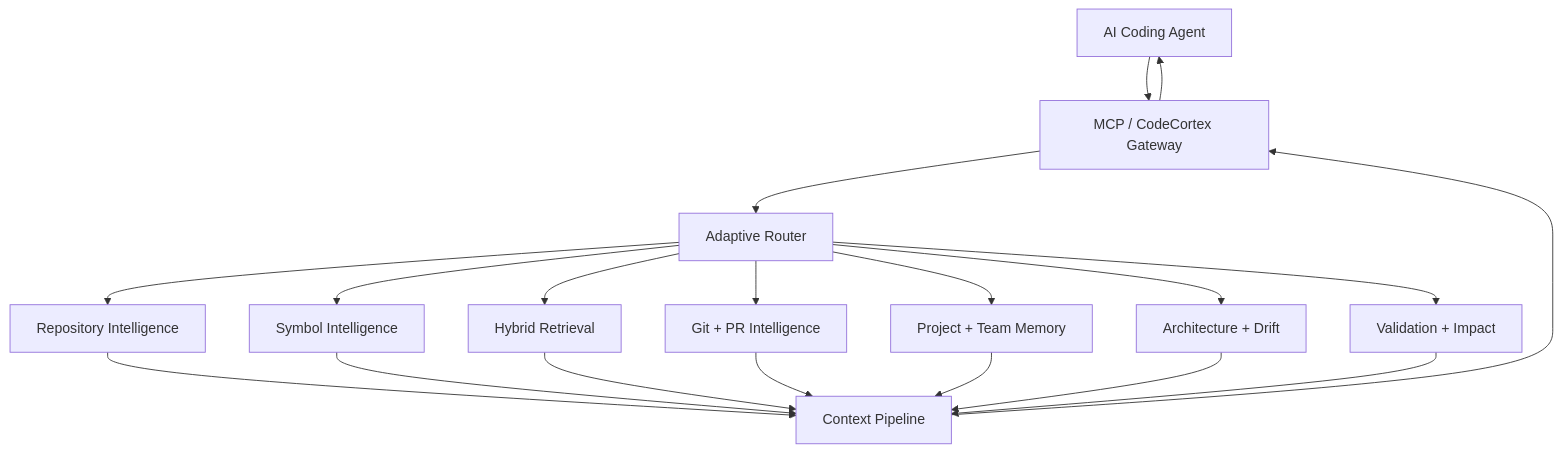
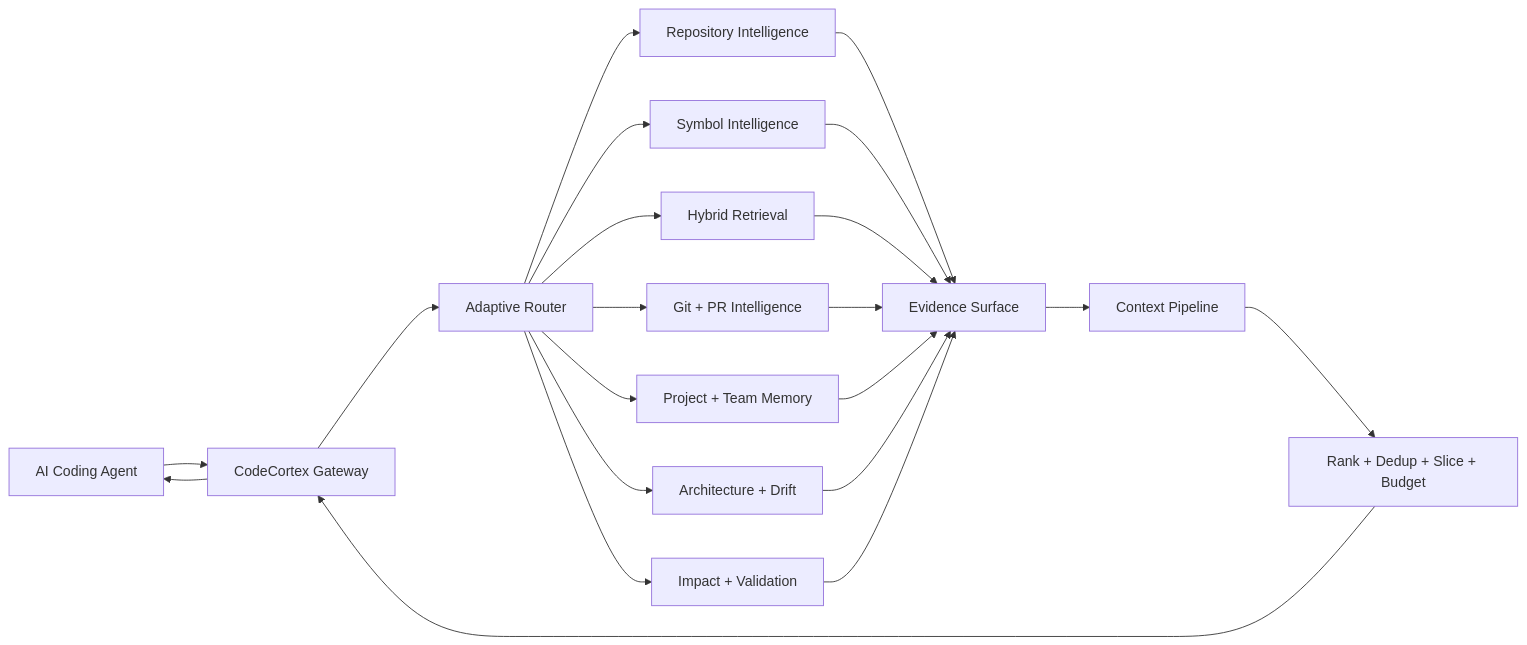
The first of 10 diagrams in README.md (BehnamJalaliCo/CodeCortex), drawn with Mermaid before and after one commit. The commit also changed other lines of this file and 285 other files, not shown here.

First line of the commit message:
Integrate all open branches into main: platform surface, evidence fusion, bilingual README (#33)

````diff
--- a/README.md
+++ b/README.md
@@ -87,21 +94,26 @@
 ```mermaid
-flowchart TB
-    A[AI Coding Agent] --> M[MCP / CodeCortex Gateway]
-    M --> R[Adaptive Router]
+flowchart LR
+    A[AI Coding Agent] --> G[CodeCortex Gateway]
+    G --> R[Adaptive Router]
+
     R --> REP[Repository Intelligence]
     R --> SYM[Symbol Intelligence]
     R --> RET[Hybrid Retrieval]
     R --> GIT[Git + PR Intelligence]
     R --> MEM[Project + Team Memory]
     R --> ARC[Architecture + Drift]
-    R --> VAL[Validation + Impact]
-    REP --> CTX[Context Pipeline]
-    SYM --> CTX
-    RET --> CTX
-    GIT --> CTX
-    MEM --> CTX
-    ARC --> CTX
-    VAL --> CTX
-    CTX --> M
-    M --> A
+    R --> IMP[Impact + Validation]
+
+    REP --> E[Evidence Surface]
+    SYM --> E
+    RET --> E
+    GIT --> E
+    MEM --> E
+    ARC --> E
+    IMP --> E
+
+    E --> C[Context Pipeline]
+    C --> B[Rank + Dedup + Slice + Budget]
+    B --> G
+    G --> A
 ```
````
